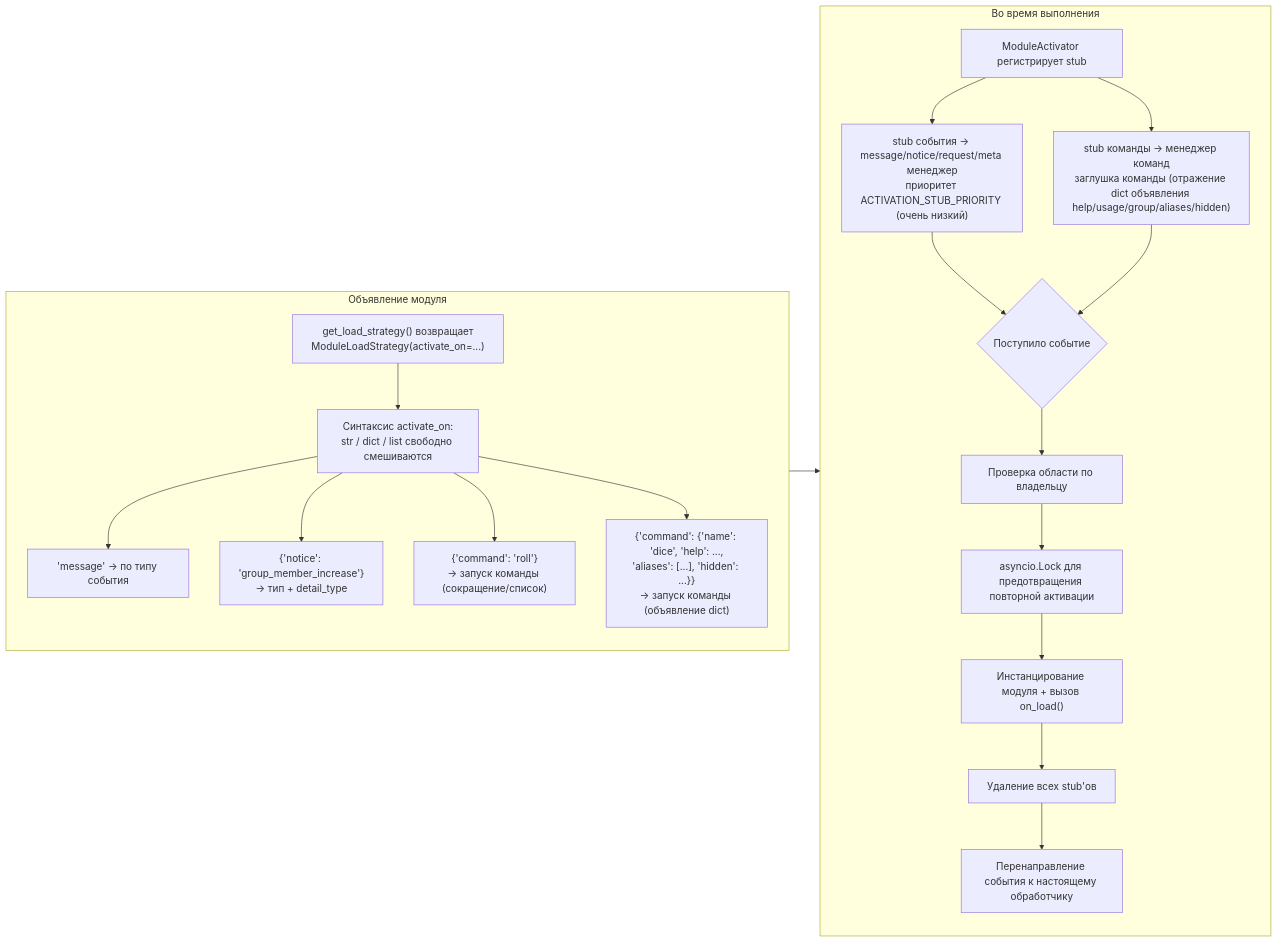
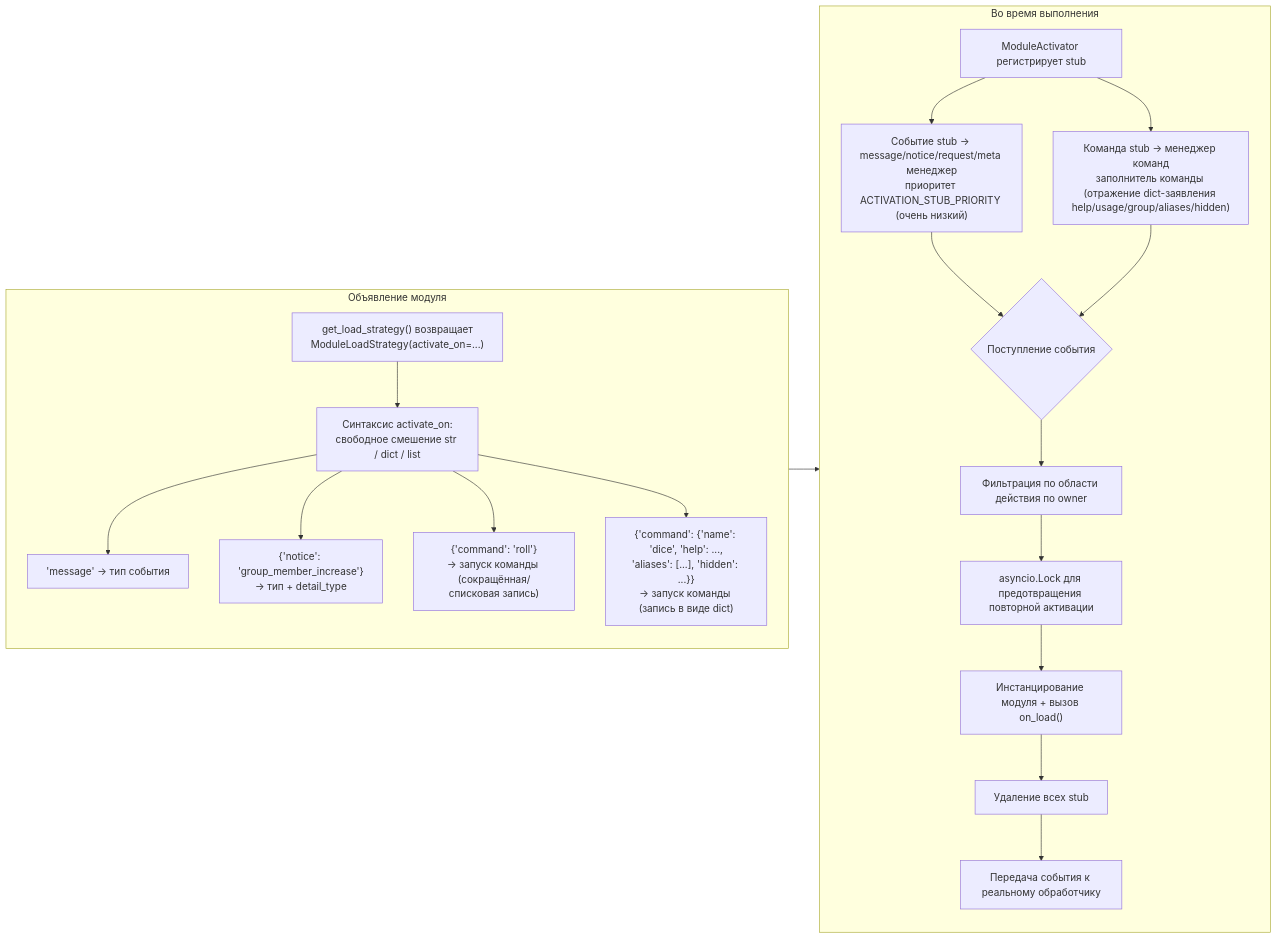
The seventh of 9 diagrams in docs/ru/architecture.md (ErisPulse/ErisPulse), drawn with Mermaid before and after one commit. The commit also changed other lines of this file and 622 other files, not shown here.

````diff
--- a/docs/ru/architecture.md
+++ b/docs/ru/architecture.md
@@ -222,24 +221,24 @@
 ```mermaid
 flowchart LR
     subgraph Declare["Объявление модуля"]
-        S1["get_load_strategy() возвращает<br/>ModuleLoadStrategy(activate_on=...)"] --> S2["Синтаксис activate_on:<br/>str / dict / list свободно смешиваются"]
-        S2 --> S2a["'message' → по типу события"]
+        S1["get_load_strategy() возвращает<br/>ModuleLoadStrategy(activate_on=...)"] --> S2["Синтаксис activate_on:<br/>свободное смешение str / dict / list"]
+        S2 --> S2a["'message' → тип события"]
         S2 --> S2b["{'notice': 'group_member_increase'}<br/>→ тип + detail_type"]
-        S2 --> S2c["{'command': 'roll'}<br/>→ запуск команды (сокращение/список)"]
-        S2 --> S2d["{'command': {'name': 'dice', 'help': ...,<br/>'aliases': [...], 'hidden': ...}}<br/>→ запуск команды (объявление dict)"]
+        S2 --> S2c["{'command': 'roll'}<br/>→ запуск команды (сокращённая/списковая запись)"]
+        S2 --> S2d["{'command': {'name': 'dice', 'help': ...,<br/>'aliases': [...], 'hidden': ...}}<br/>→ запуск команды (запись в виде dict)"]
     end
 
     subgraph Runtime["Во время выполнения"]
-        R1["ModuleActivator регистрирует stub"] --> R1a["stub события → message/notice/request/meta менеджер<br/>приоритет ACTIVATION_STUB_PRIORITY (очень низкий)"]
-        R1 --> R1b["stub команды → менеджер команд<br/>заглушка команды (отражение dict объявления help/usage/group/aliases/hidden)"]
-        R1a --> R2{"Поступило событие"}
+        R1["ModuleActivator регистрирует stub"] --> R1a["Событие stub → message/notice/request/meta менеджер<br/>приоритет ACTIVATION_STUB_PRIORITY (очень низкий)"]
+        R1 --> R1b["Команда stub → менеджер команд<br/>заполнитель команды (отражение dict-заявления help/usage/group/aliases/hidden)"]
+        R1a --> R2{"Поступление события"}
         R1b --> R2
-        R2 --> R3["Проверка области по владельцу"]
+        R2 --> R3["Фильтрация по области действия по owner"]
         R3 --> R4["asyncio.Lock для предотвращения повторной активации"]
         R4 --> R5["Инстанцирование модуля + вызов on_load()"]
-        R5 --> R6["Удаление всех stub'ов"]
-        R6 --> R7["Перенаправление события к настоящему обработчику"]
+        R5 --> R6["Удаление всех stub"]
+        R6 --> R7["Передача события к реальному обработчику"]
     end
 
     Declare --> Runtime
 ```
````
